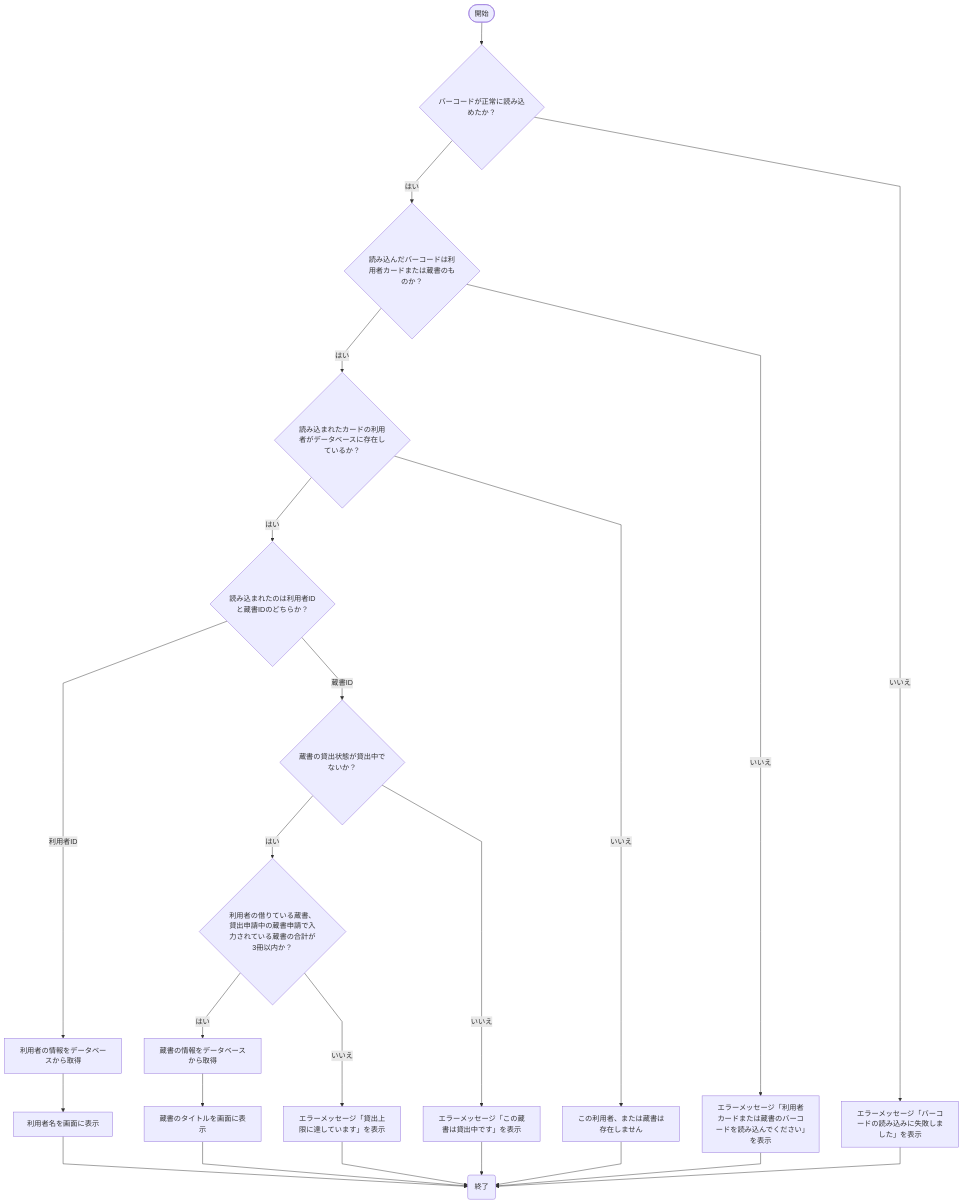
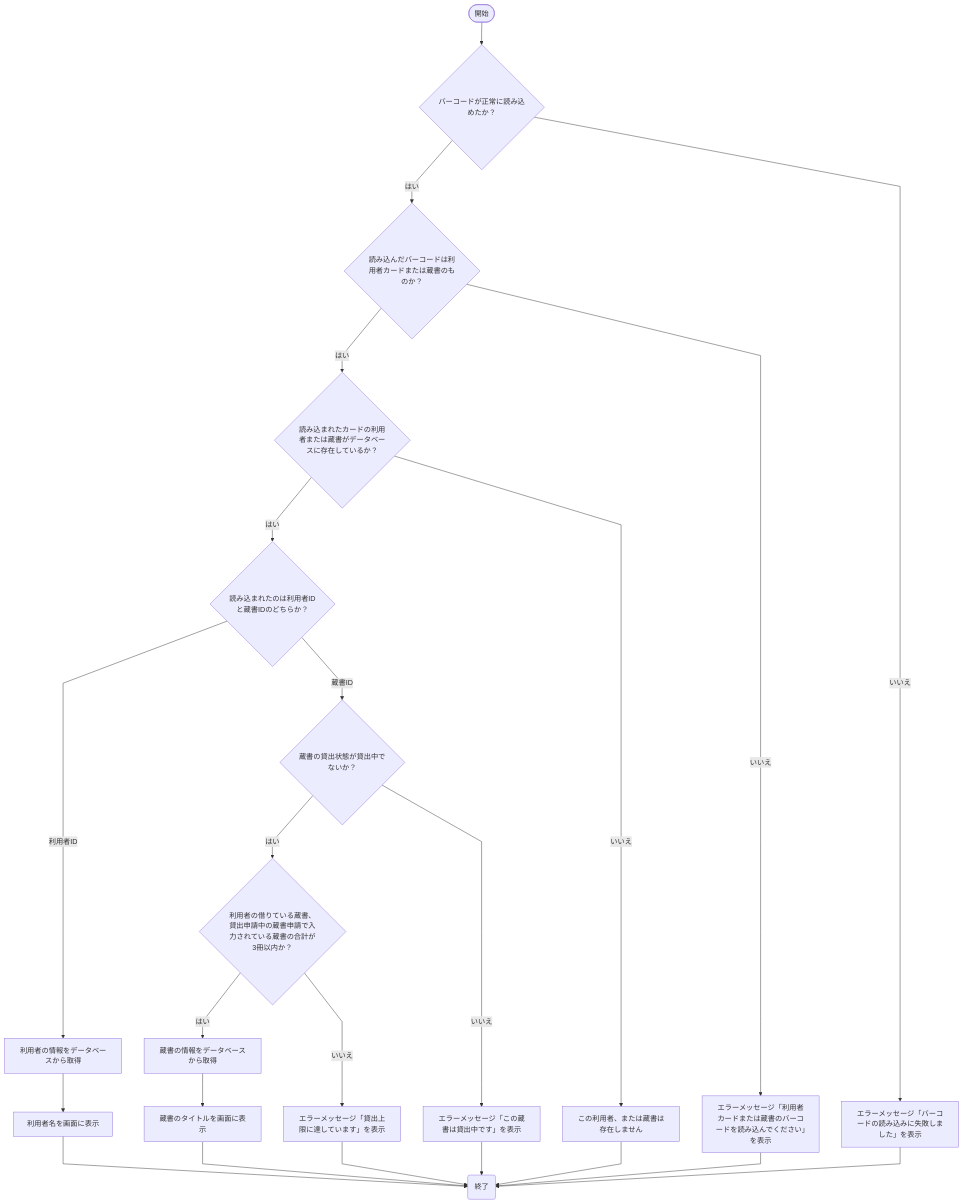
Before and after one commit to rs002421-creator/-: diagram 20 of 21 in 詳細設計書/7班/mermaid.md, drawn with Mermaid. The commit also changed other lines of this file, not shown here.

````diff
--- a/詳細設計書/7班/mermaid.md
+++ b/詳細設計書/7班/mermaid.md
@@ -470,36 +470,36 @@
 ```mermaid
 %%{init: {'flowchart': {'curve': 'linear'}}}%%
 flowchart TD
 
 A([開始]) --> B{バーコードが正常に読み込めたか？}
 
 B --> |はい|C{読み込んだバーコードは利用者カードまたは蔵書のものか？}
 B --> |いいえ|D[エラーメッセージ「バーコードの読み込みに失敗しました」を表示]
 
-C --> |はい|E{読み込まれたカードの利用者がデータベースに存在しているか？}
+C --> |はい|E{読み込まれたカードの利用者または蔵書がデータベースに存在しているか？}
 C --> |いいえ|F[エラーメッセージ「利用者カードまたは蔵書のバーコードを読み込んでください」を表示]
 
 E --> |はい|G{読み込まれたのは利用者IDと蔵書IDのどちらか？}
 E --> |いいえ|H[この利用者、または蔵書は存在しません]
 
 G --> |利用者ID|I1[利用者の情報をデータベースから取得]
 I1 --> J1[利用者名を画面に表示]
 
 G --> |蔵書ID|I2{蔵書の貸出状態が貸出中でないか？}
 
 I2 --> |はい|J2{利用者の借りている蔵書、貸出申請中の蔵書申請で入力されている蔵書の合計が3冊以内か？}
 I2 --> |いいえ|K2[エラーメッセージ「この蔵書は貸出中です」を表示]
 
 J2 --> |はい|L2[蔵書の情報をデータベースから取得]
 J2 --> |いいえ|M2[エラーメッセージ「貸出上限に達しています」を表示]
 
 L2 --> N2[蔵書のタイトルを画面に表示]
 
 N2 --> I(終了)
 J1 --> I
 D --> I
 F --> I
 H --> I
 K2 --> I
 M2 --> I
 ```
````
